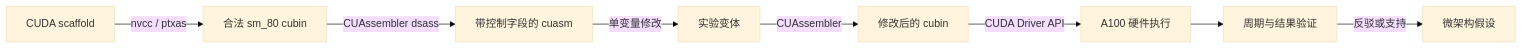
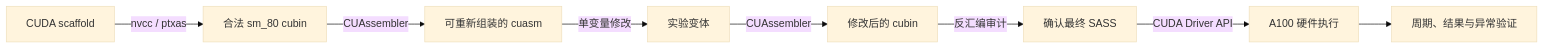
Before and after one commit to Strelizia-zerotwo/A100-modern-gpu-reproduction: the diagram in README.md, drawn with Mermaid (base theme). The commit also changed other lines of this file and 1 other file, not shown here.

````diff
--- a/README.md
+++ b/README.md
@@ -50,10 +67,10 @@
 ```mermaid
 flowchart LR
     A[CUDA scaffold] -->|nvcc / ptxas| B[合法 sm_80 cubin]
-    B -->|CUAssembler dsass| C[带控制字段的 cuasm]
+    B -->|CUAssembler| C[可重新组装的 cuasm]
     C -->|单变量修改| D[实验变体]
     D -->|CUAssembler| E[修改后的 cubin]
-    E -->|CUDA Driver API| F[A100 硬件执行]
-    F --> G[周期与结果验证]
-    G -->|反驳或支持| H[微架构假设]
+    E -->|反汇编审计| F[确认最终 SASS]
+    F -->|CUDA Driver API| G[A100 硬件执行]
+    G --> H[周期、结果与异常验证]
 ```
````
